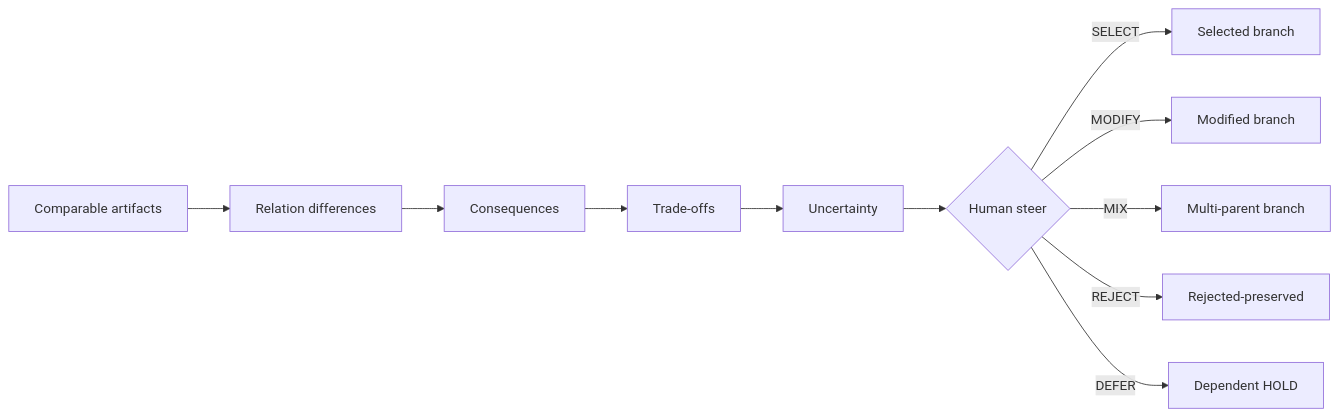
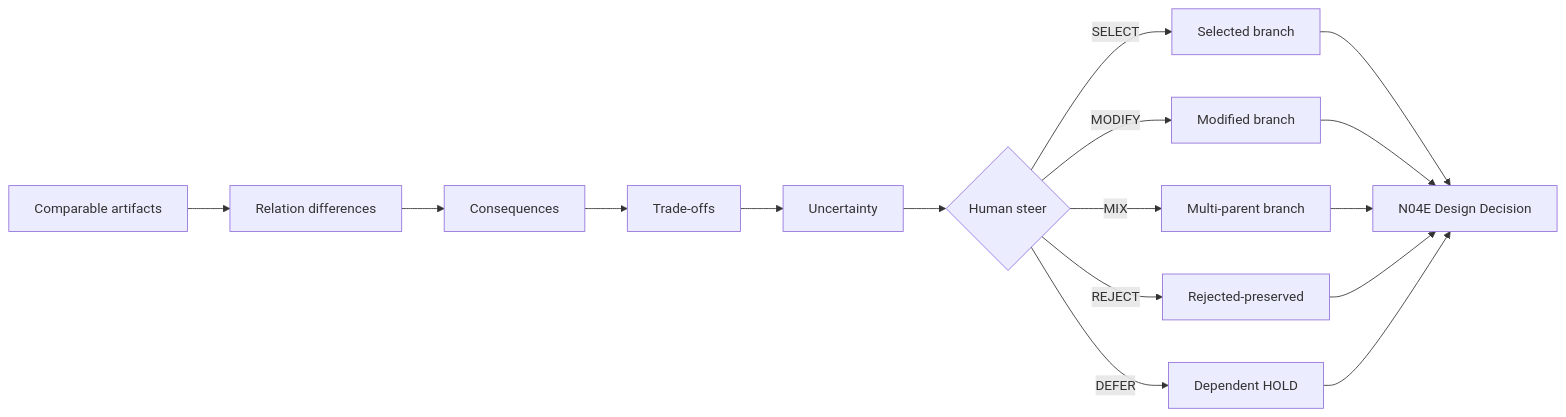
One commit to Jiaosong/Design changed the second of 3 diagrams in product-docs/v0.3/nodes/N04_COMPARE.md. Above: the diagram before and after it, drawn with Mermaid. The commit also changed other lines of this file and 71 other files, not shown here.

````diff
--- a/product-docs/v0.3/nodes/N04_COMPARE.md
+++ b/product-docs/v0.3/nodes/N04_COMPARE.md
@@ -33,13 +33,18 @@
 ```mermaid
 flowchart LR
     O[Comparable artifacts] --> D[Relation differences]
     D --> C[Consequences]
     C --> T[Trade-offs]
     T --> U[Uncertainty]
     U --> H{Human steer}
     H -->|SELECT| S[Selected branch]
     H -->|MODIFY| M[Modified branch]
     H -->|MIX| X[Multi-parent branch]
     H -->|REJECT| R[Rejected-preserved]
     H -->|DEFER| F[Dependent HOLD]
+    S --> DEC[N04E Design Decision]
+    M --> DEC
+    X --> DEC
+    R --> DEC
+    F --> DEC
 ```
````
